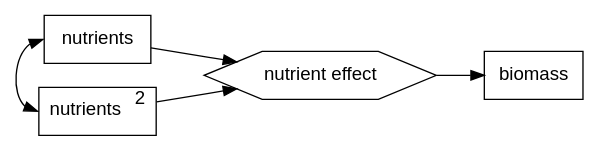
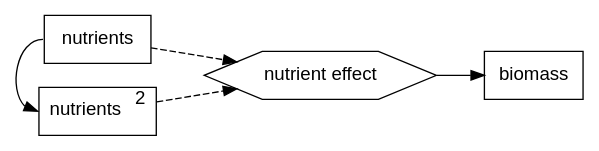
The eighth of 18 diagrams in 5_Slides/Intro_to_SEM_part2.qmd (pennekampster/Swiss_SEM), drawn with Graphviz before and after one commit. The commit also changed other lines of this file and 3 other files, not shown here.

````diff
--- a/5_Slides/Intro_to_SEM_part2.qmd
+++ b/5_Slides/Intro_to_SEM_part2.qmd
@@ -384,27 +414,27 @@
 ```{dot}
 //| fig-width: 8
 //| fig-height: 2
 
 digraph boxes_and_circles {
    
    graph [overlap = false, fontsize = 10, rankdir = LR, fontname = Helvetica]
    
    node [shape=box, fontname = Helvetica]
    X1 [label="nutrients"];
    X2 [label=<nutrients<SUP>2</SUP>>];
    Z [label="biomass"];
 
    
    node [shape=hexagon, fontname = Helvetica]
   Y [label="nutrient effect"]
 
-  X1 -> Y;
-  X2 -> Y;
+  X1 -> Y [style="dashed"];
+  X2 -> Y [style="dashed"];
   Y -> Z;
 
   X1:w -> X2:w [dir="both"]
 
   {rank = "max"; Z}
   {rank = "same"; X1;X2;}
 }
 ```
````
